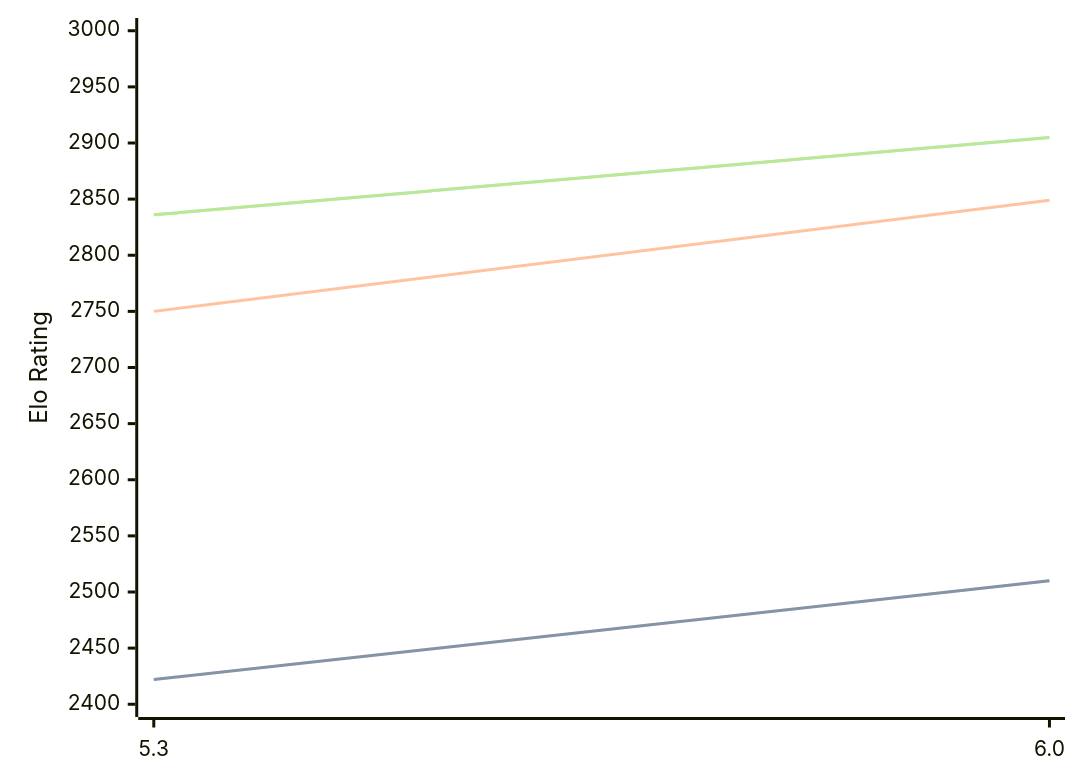
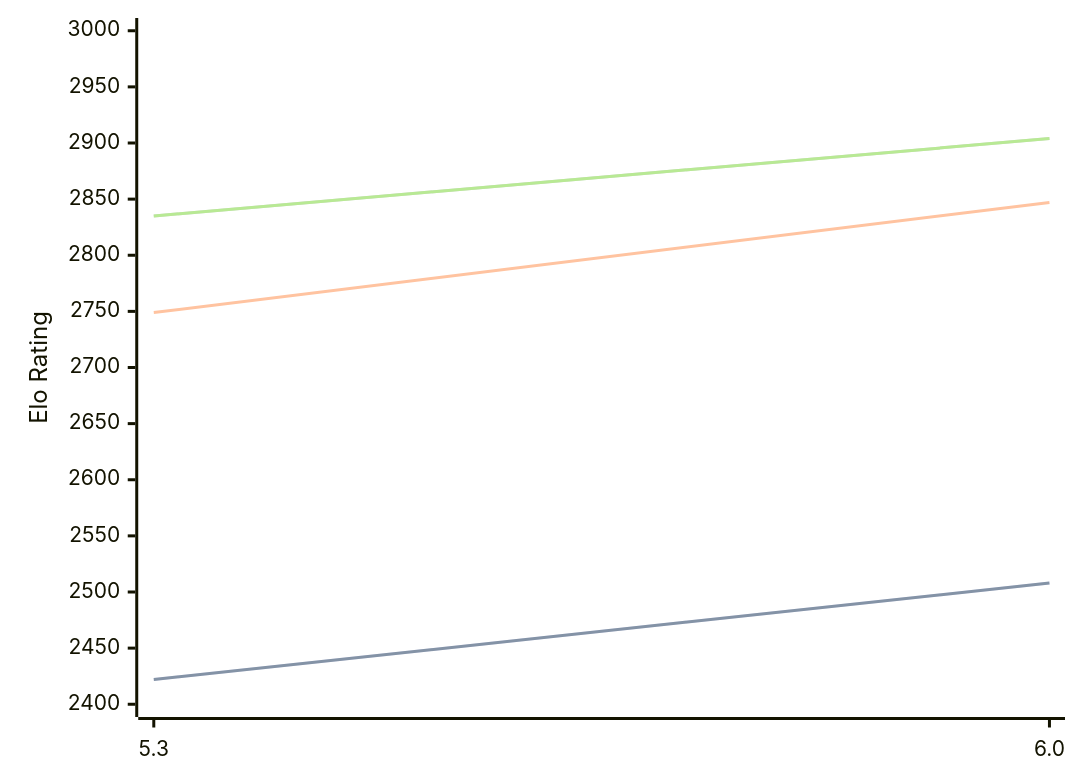
The diagram in engines/tomitankChess.md (computer-chess-index/cci), drawn with Mermaid before and after one commit. The commit also changed other lines of this file, not shown here.

Commit message:
Update CCI Ratings (ELO VLTC) - 2026-04-07

````diff
--- a/engines/tomitankChess.md
+++ b/engines/tomitankChess.md
@@ -40,11 +40,11 @@
 ```mermaid
 %%{init: {"theme":"base","themeVariables":{"seriesColors:['#a3a3a3','#222221','#faa371']}}}%%
 xychart-beta
   x-axis ["5.3", "6.0"]
   y-axis "Elo Rating" 2400 --> 3000
-  line "STC (8.0+0.08s)" [2422, 2510]
-  line "STC (8.0+0.08s)" [2422, 2510]
-  line "LTC (60.0+0.60s)" [2750, 2849]
-  line "VLTC (2m24s+1.12s)" [2836, 2905]
-  line "VLTC (2m24s+1.12s)" [2836, 2905]
+  line "STC (8.0+0.08s)" [2422, 2508]
+  line "STC (8.0+0.08s)" [2422, 2508]
+  line "LTC (60.0+0.60s)" [2749, 2847]
+  line "VLTC (2m24s+1.12s)" [2835, 2904]
+  line "VLTC (2m24s+1.12s)" [2835, 2904]
 ```
````
